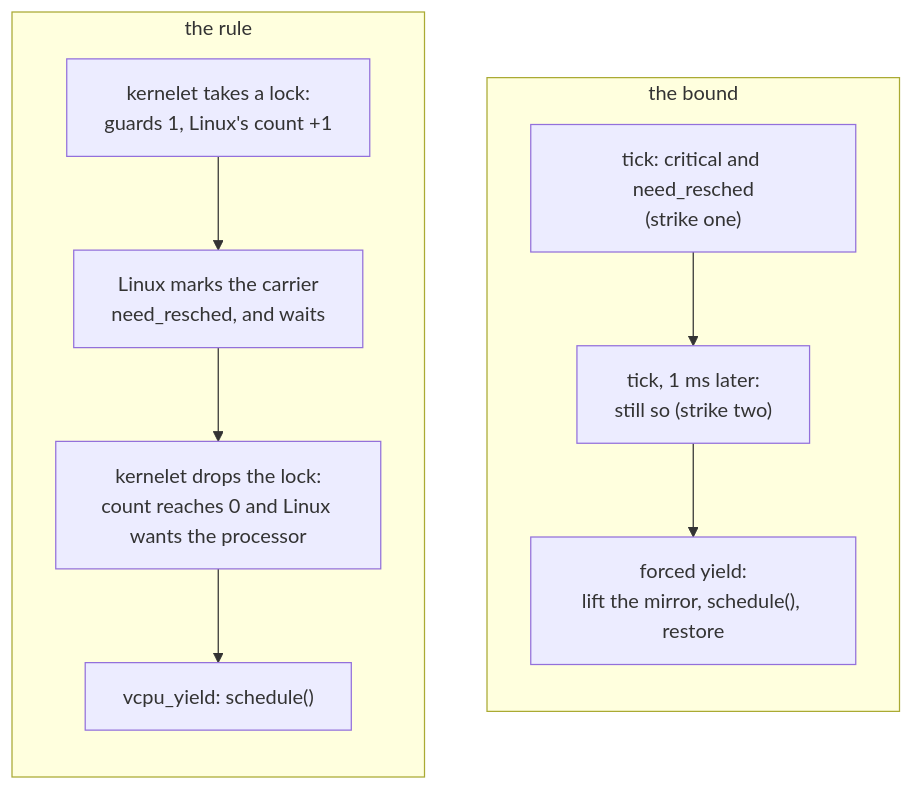
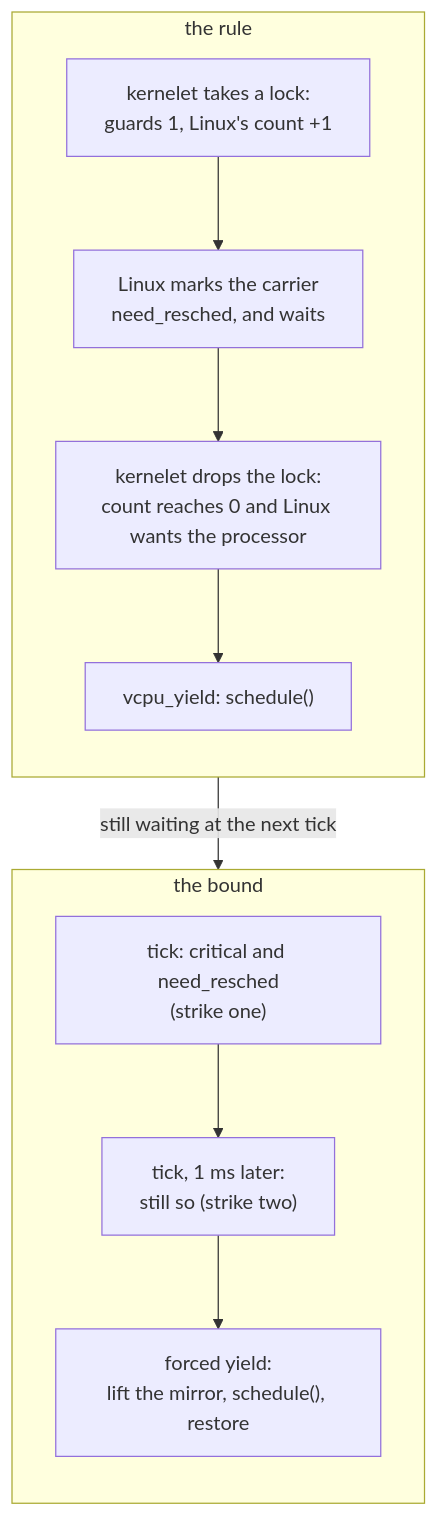
The diagram in src/sharing-a-processor-politely.md (Plucky923/kernelet), drawn with Mermaid before and after one commit. The commit also changed other lines of this file, not shown here.

````diff
--- a/src/sharing-a-processor-politely.md
+++ b/src/sharing-a-processor-politely.md
@@ -182,14 +192,15 @@
 ```mermaid
 flowchart TB
-    subgraph bound["the bound"]
-        direction TB
-        e["tick: critical and need_resched<br/>(strike one)"] --> f["tick, 1 ms later:<br/>still so (strike two)"]
-        f --> g["forced yield:<br/>lift the mirror, schedule(), restore"]
-    end
     subgraph rule["the rule"]
         direction TB
         a["kernelet takes a lock:<br/>guards 1, Linux's count +1"] --> b["Linux marks the carrier<br/>need_resched, and waits"]
         b --> c["kernelet drops the lock:<br/>count reaches 0 and Linux wants the processor"]
         c --> d["vcpu_yield: schedule()"]
     end
+    subgraph bound["the bound"]
+        direction TB
+        e["tick: critical and need_resched<br/>(strike one)"] --> f["tick, 1 ms later:<br/>still so (strike two)"]
+        f --> g["forced yield:<br/>lift the mirror, schedule(), restore"]
+    end
+    b -- "still waiting at the next tick" --> e
 ```
````
